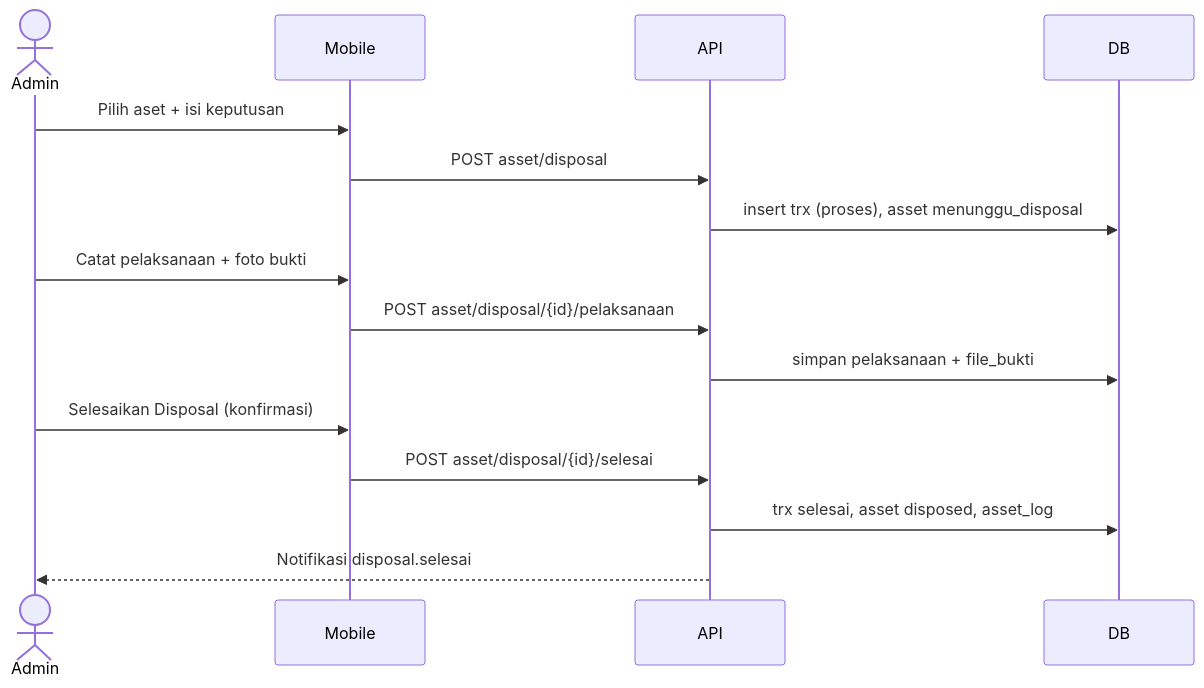
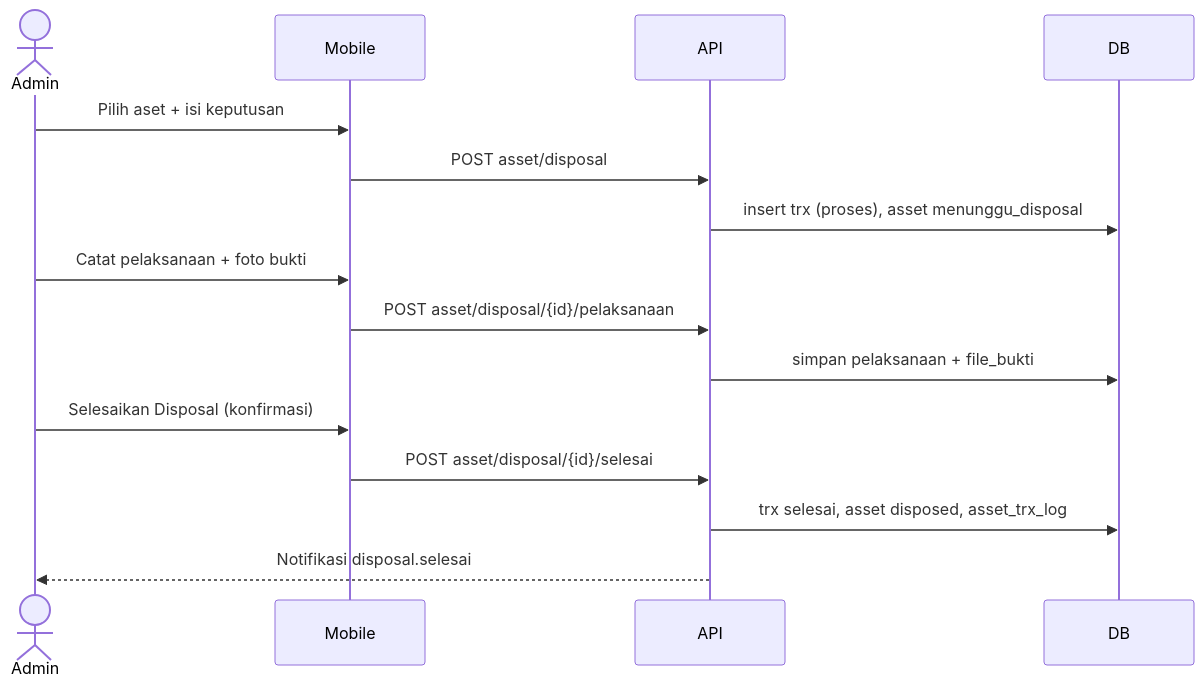
Before and after one commit to setiyawan12/DOKUMENTASI-ASSET: the second of 4 diagrams in dokumentasi-asset-disposal.md, drawn with Mermaid. The commit also changed other lines of this file and 34 other files, not shown here.

````diff
--- a/dokumentasi-asset-disposal.md
+++ b/dokumentasi-asset-disposal.md
@@ -164,17 +164,17 @@
 ```mermaid
 sequenceDiagram
     actor Admin
     participant App as Mobile
     participant API
     participant DB
     Admin->>App: Pilih aset + isi keputusan
     App->>API: POST asset/disposal
     API->>DB: insert trx (proses), asset menunggu_disposal
     Admin->>App: Catat pelaksanaan + foto bukti
     App->>API: POST asset/disposal/{id}/pelaksanaan
     API->>DB: simpan pelaksanaan + file_bukti
     Admin->>App: Selesaikan Disposal (konfirmasi)
     App->>API: POST asset/disposal/{id}/selesai
-    API->>DB: trx selesai, asset disposed, asset_log
+    API->>DB: trx selesai, asset disposed, asset_trx_log
     API-->>Admin: Notifikasi disposal.selesai
 ```
````
